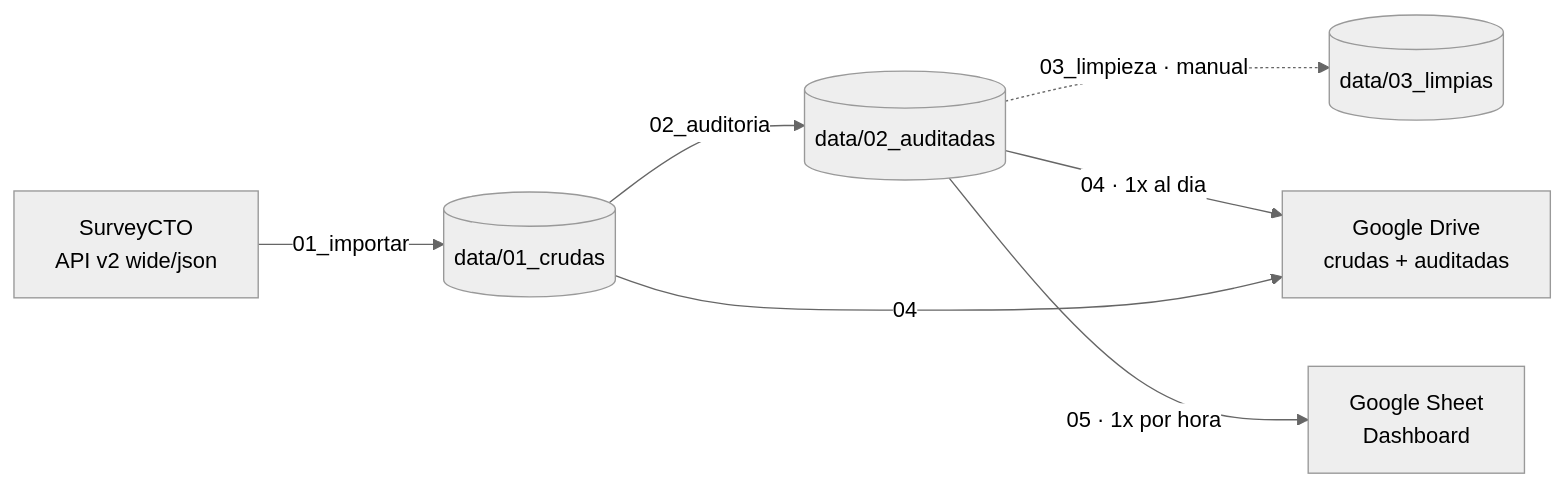
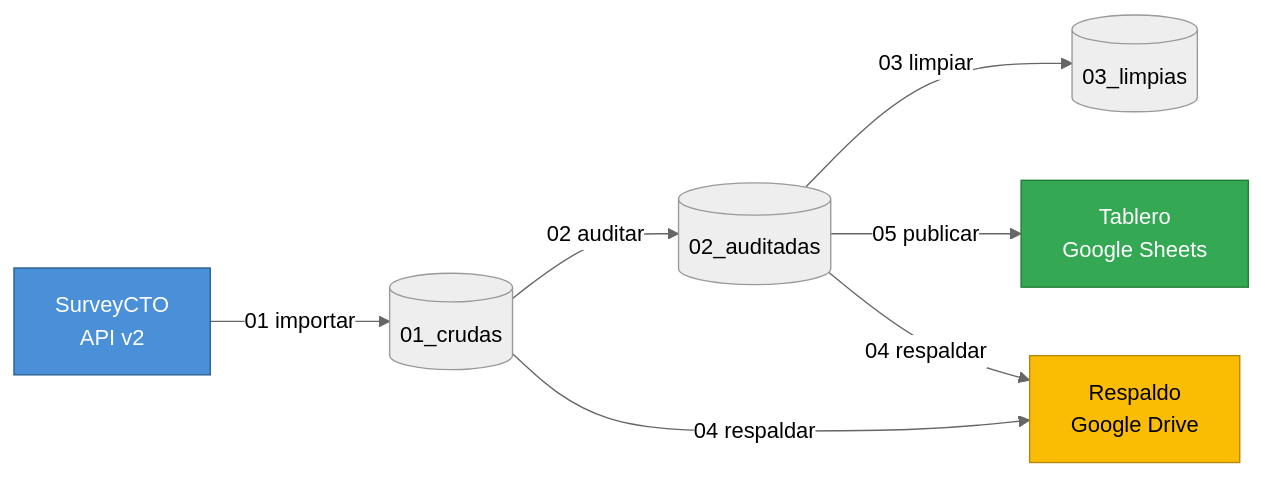
The diagram in README.md (piero-valles-maravi/monitoreo_surveycto_cervezas_paraguay), drawn with Mermaid (neutral theme) before and after one commit. The commit also changed other lines of this file, not shown here.

````diff
--- a/README.md
+++ b/README.md
@@ -32,9 +54,13 @@
 ```mermaid
 flowchart LR
-    SCTO[SurveyCTO<br/>API v2 wide/json] -->|01_importar| LOCAL[(data/01_crudas)]
-    LOCAL -->|02_auditoria| AUD[(data/02_auditadas)]
-    AUD -.->|03_limpieza · manual| LIM[(data/03_limpias)]
-    AUD -->|04 · 1x al dia| DRIVE[Google Drive<br/>crudas + auditadas]
-    AUD -->|05 · 1x por hora| SHEET[Google Sheet<br/>Dashboard]
-    LOCAL -->|04| DRIVE
+    API["SurveyCTO<br/>API v2"] -->|01 importar| CRU[("01_crudas")]
+    CRU -->|02 auditar| AUD[("02_auditadas")]
+    AUD -->|03 limpiar| LIM[("03_limpias")]
+    AUD -->|05 publicar| SHEET["Tablero<br/>Google Sheets"]
+    CRU -->|04 respaldar| DRIVE["Respaldo<br/>Google Drive"]
+    AUD -->|04 respaldar| DRIVE
+
+    style API fill:#4A90D9,stroke:#2C5F8D,color:#fff
+    style SHEET fill:#34A853,stroke:#1E7E34,color:#fff
+    style DRIVE fill:#FBBC04,stroke:#B8860B,color:#000
 ```
````
